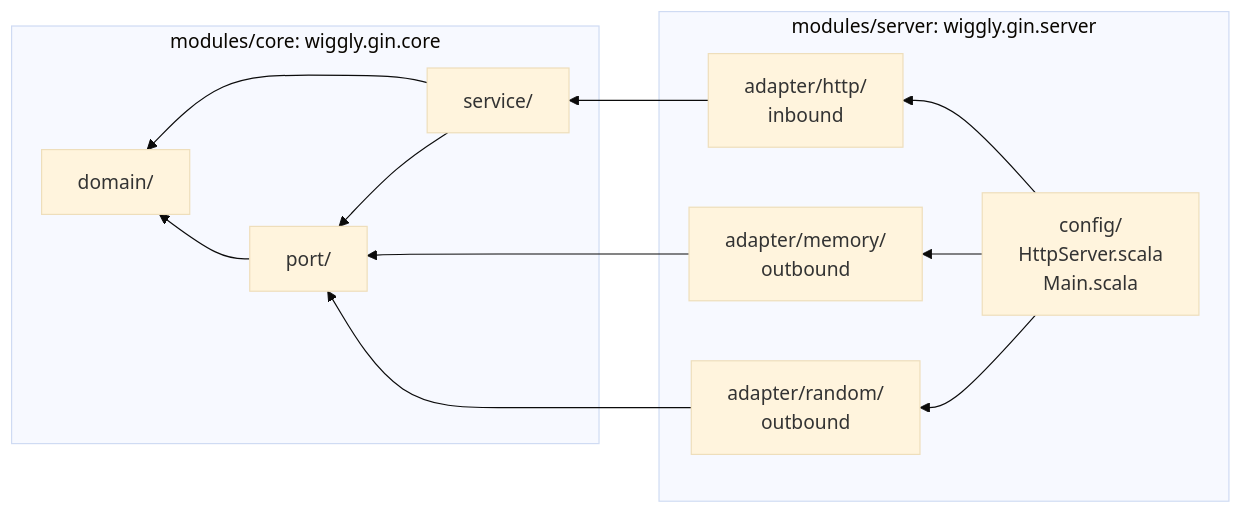
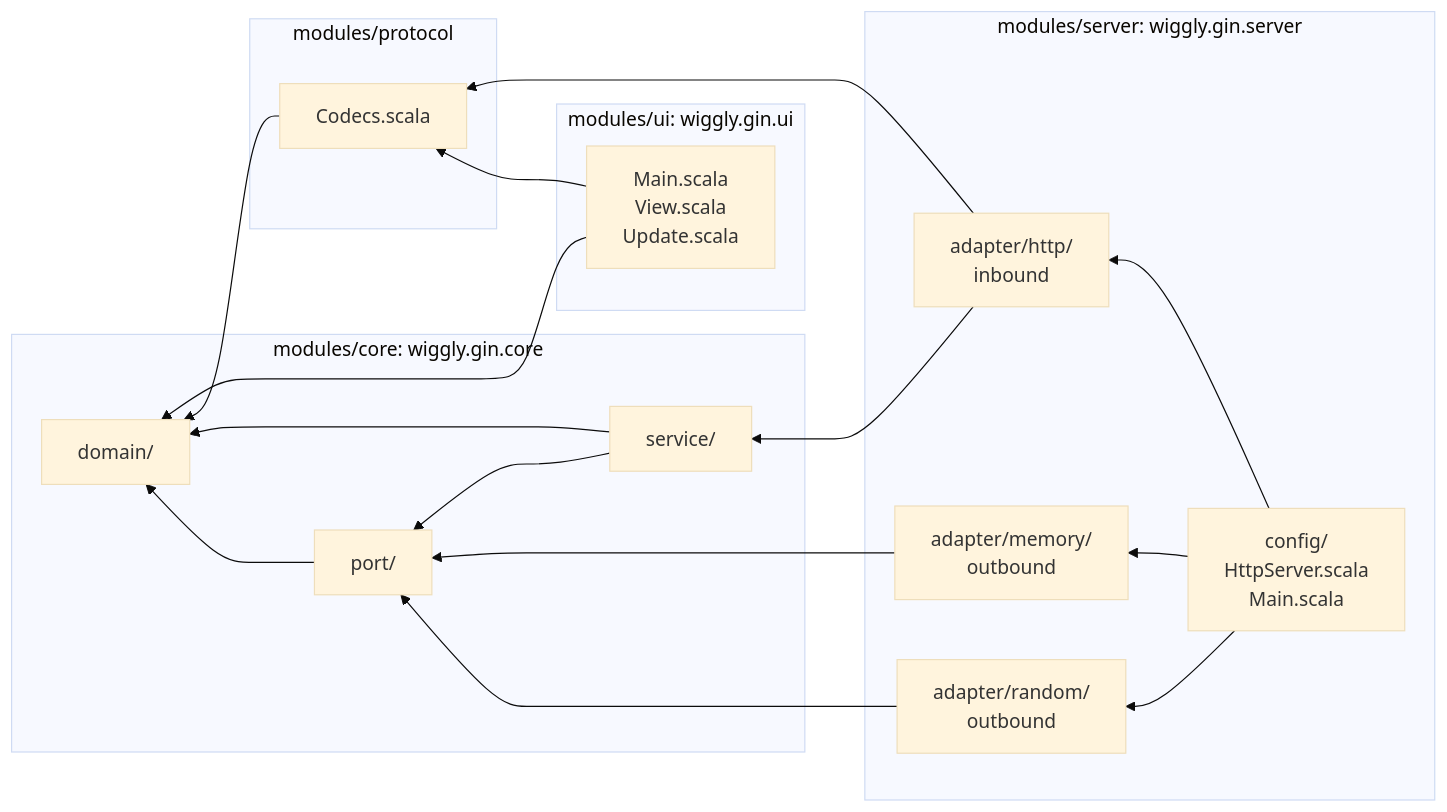
The diagram in README.md (wiggly/gin), drawn with Mermaid (base theme) before and after one commit. The commit also changed other lines of this file and 82 other files, not shown here.

````diff
--- a/README.md
+++ b/README.md
@@ -20,25 +25,37 @@
 ```mermaid
 flowchart RL
     subgraph server["modules/server: wiggly.gin.server"]
         shell["config/<br/>HttpServer.scala<br/>Main.scala"]
         http["adapter/http/<br/>inbound"]
         memory["adapter/memory/<br/>outbound"]
         random["adapter/random/<br/>outbound"]
+    end
+
+    subgraph ui["modules/ui: wiggly.gin.ui"]
+        browser["Main.scala<br/>View.scala<br/>Update.scala"]
+    end
+
+    subgraph protocol["modules/protocol"]
+        codecs["Codecs.scala"]
     end
 
     subgraph core["modules/core: wiggly.gin.core"]
         service["service/"]
         port["port/"]
         domain["domain/"]
     end
 
     shell --> http
     shell --> memory
     shell --> random
     http --> service
+    http --> codecs
+    browser --> codecs
+    browser --> domain
+    codecs --> domain
     service --> port
     service --> domain
     memory --> port
     random --> port
     port --> domain
 ```
````
